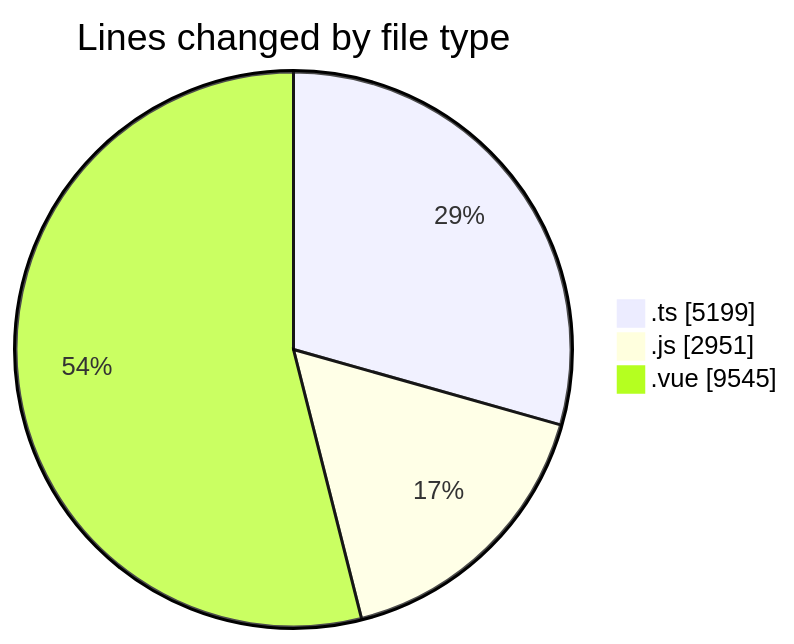
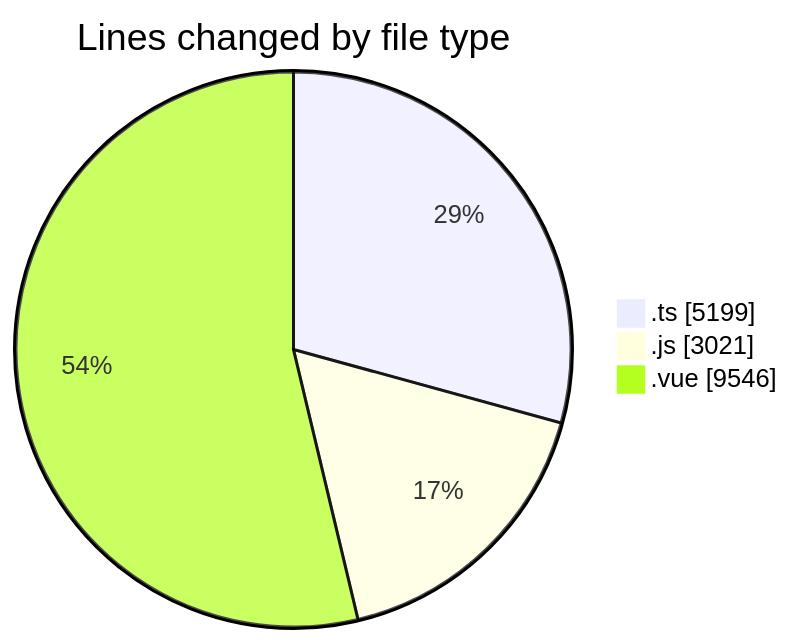
Before and after one commit to lephambinh05/code-tracking: the first of 2 diagrams in 2025-08-16/rentotp/README.md, drawn with Mermaid. The commit also changed other lines of this file and 1 other file, not shown here.

````diff
--- a/2025-08-16/rentotp/README.md
+++ b/2025-08-16/rentotp/README.md
@@ -73,7 +74,7 @@
 ```mermaid
 pie showData
 title Lines changed by file type
 ".ts" : 5199
-".js" : 2951
-".vue" : 9545
+".js" : 3021
+".vue" : 9546
 ```
````
